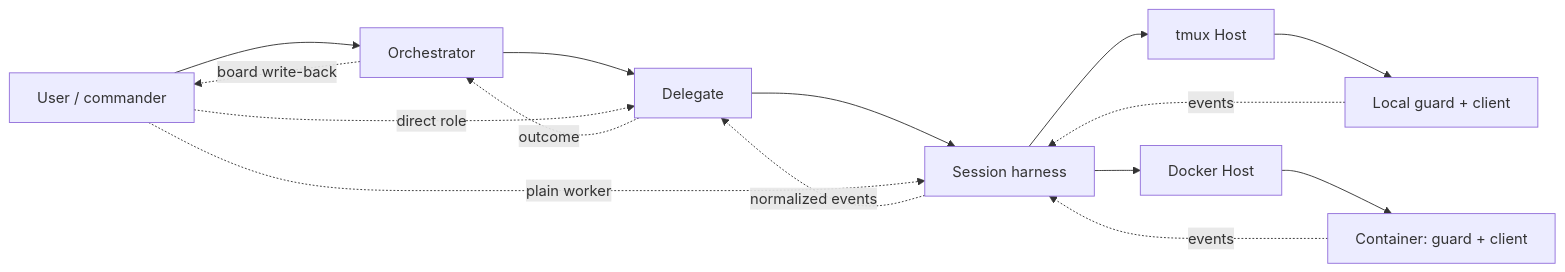
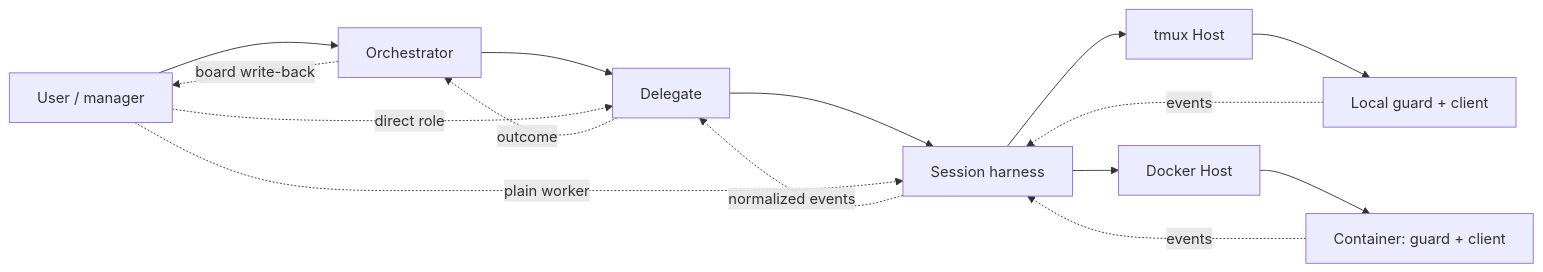
One commit to windroc-labs/ensemble changed the diagram in docs/architecture.md. Above: the diagram before and after it, drawn with Mermaid. The commit also changed other lines of this file and 83 other files, not shown here.

````diff
--- a/docs/architecture.md
+++ b/docs/architecture.md
@@ -21,16 +21,16 @@
 ```mermaid
 flowchart LR
-    U[User / commander] --> O[Orchestrator]
+    U[User / manager] --> O[Orchestrator]
     O --> D[Delegate]
     U -. direct role .-> D
     D --> H[Session harness]
     U -. plain worker .-> H
     H --> T[tmux Host]
     H --> C[Docker Host]
     T --> L[Local guard + client]
     C --> W[Container: guard + client]
     L & W -. events .-> H
     H -. normalized events .-> D
     D -. outcome .-> O
     O -. board write-back .-> U
 ```
````
